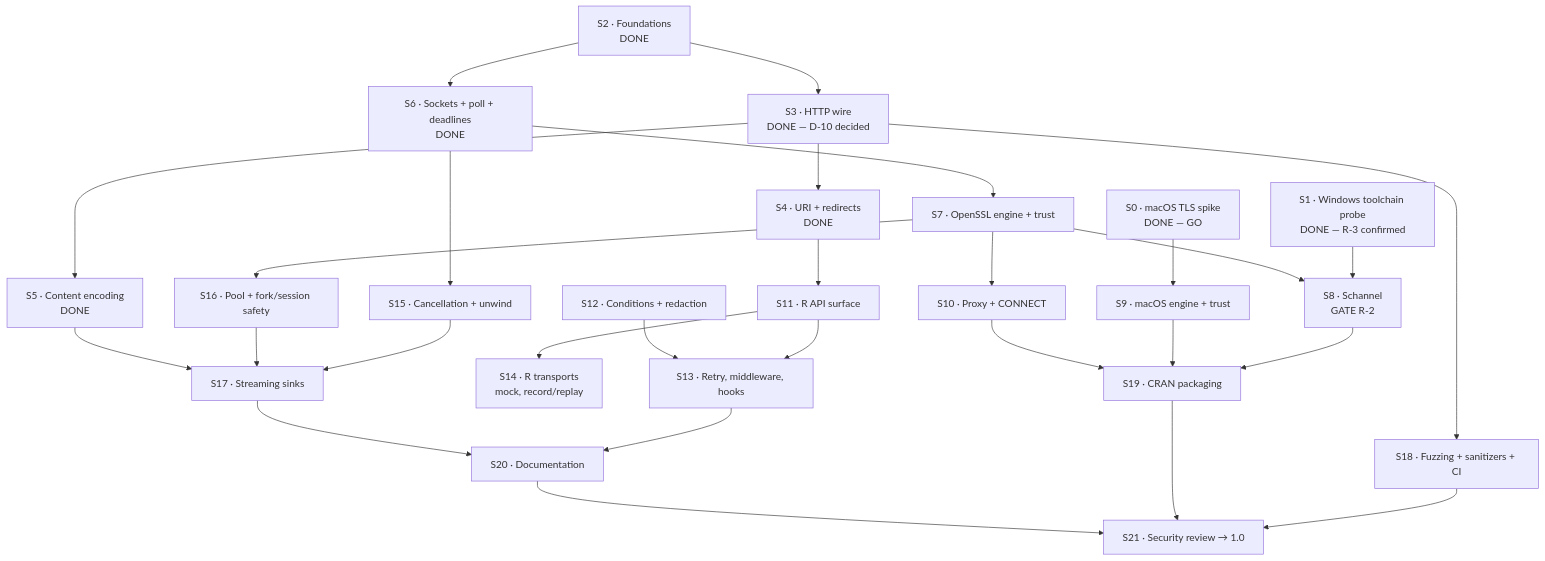
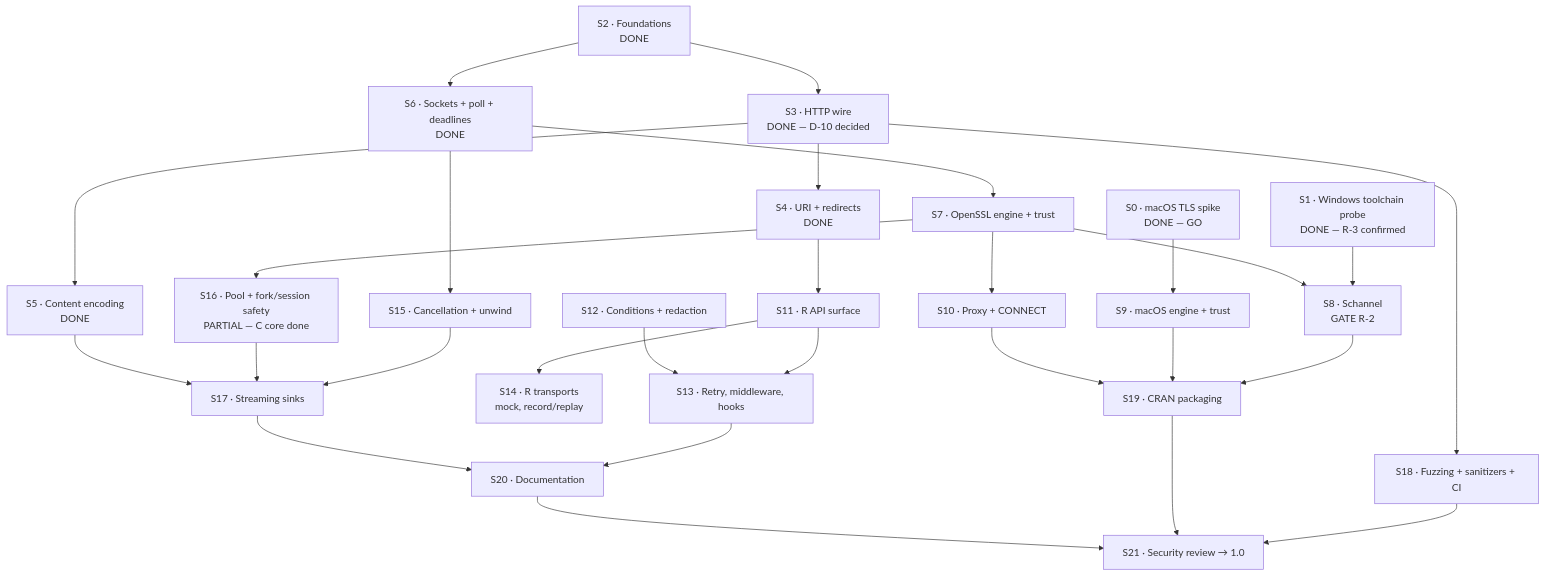
The diagram in roadmap.md (pedrobtz/zuhttp), drawn with Mermaid before and after one commit. The commit also changed other lines of this file and 16 other files, not shown here.

First line of the commit message:
feat(pool): S16 C core — pool, §26.1 key by value, §26.4 fork guard

````diff
--- a/roadmap.md
+++ b/roadmap.md
@@ -28,58 +28,58 @@
 ```mermaid
 graph TD
     S0["S0 · macOS TLS spike<br/>DONE — GO"]
     S1["S1 · Windows toolchain probe<br/>DONE — R-3 confirmed"]
 
     S2["S2 · Foundations<br/>DONE"]
     S3["S3 · HTTP wire<br/>DONE — D-10 decided"]
     S4["S4 · URI + redirects<br/>DONE"]
     S5["S5 · Content encoding<br/>DONE"]
 
     S6["S6 · Sockets + poll + deadlines<br/>DONE"]
     S7["S7 · OpenSSL engine + trust"]
     S8["S8 · Schannel<br/>GATE R-2"]
     S9["S9 · macOS engine + trust"]
     S10["S10 · Proxy + CONNECT"]
 
     S11["S11 · R API surface"]
     S12["S12 · Conditions + redaction"]
     S13["S13 · Retry, middleware, hooks"]
     S14["S14 · R transports<br/>mock, record/replay"]
 
     S15["S15 · Cancellation + unwind"]
-    S16["S16 · Pool + fork/session safety"]
+    S16["S16 · Pool + fork/session safety<br/>PARTIAL — C core done"]
     S17["S17 · Streaming sinks"]
 
     S18["S18 · Fuzzing + sanitizers + CI"]
     S19["S19 · CRAN packaging"]
     S20["S20 · Documentation"]
     S21["S21 · Security review → 1.0"]
 
     S0 --> S9
     S1 --> S8
     S2 --> S3
     S2 --> S6
     S3 --> S4
     S3 --> S5
     S3 --> S18
     S6 --> S7
     S6 --> S15
     S7 --> S8
     S7 --> S10
     S7 --> S16
     S8 --> S19
     S9 --> S19
     S4 --> S11
     S11 --> S13
     S12 --> S13
     S11 --> S14
     S15 --> S17
     S16 --> S17
     S13 --> S20
     S17 --> S20
     S18 --> S21
     S19 --> S21
     S20 --> S21
     S10 --> S19
     S5 --> S17
 ```
````
